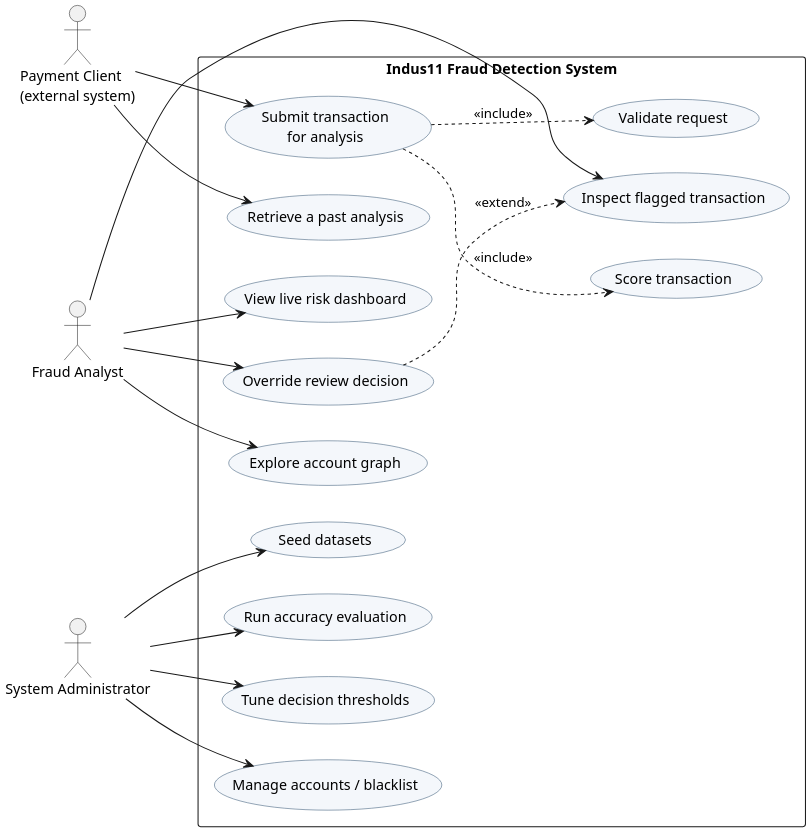
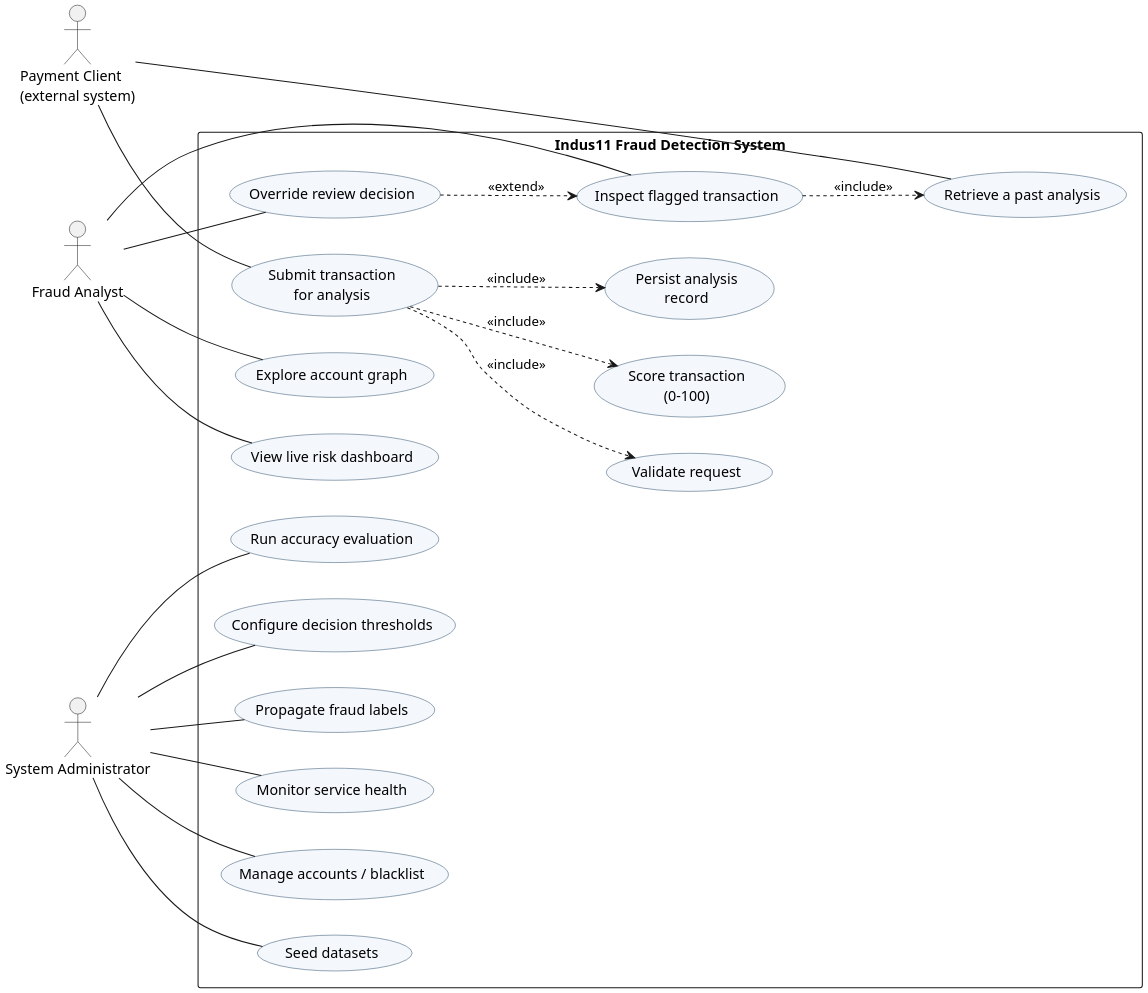
Before and after one commit to OMJOSHI15/indus11: the diagram in docs/diagrams/02-usecase.puml, drawn with PlantUML. The commit also changed 7 other files, not shown here.

```diff
--- a/docs/diagrams/02-usecase.puml
+++ b/docs/diagrams/02-usecase.puml
@@ -1,41 +1,48 @@
 @startuml
 skinparam dpi 200
 skinparam backgroundColor white
 skinparam shadowing false
 skinparam defaultFontName Times New Roman
 skinparam usecase {
   BorderColor #2F4F6F
   BackgroundColor #F4F7FB
 }
 left to right direction
 actor "Payment Client\n(external system)" as PC
 actor "Fraud Analyst" as FA
 actor "System Administrator" as SA
 rectangle "Indus11 Fraud Detection System" {
   usecase "Submit transaction\nfor analysis" as UC1
   usecase "Validate request" as UC1a
-  usecase "Score transaction" as UC1b
+  usecase "Score transaction\n(0-100)" as UC1b
+  usecase "Persist analysis\nrecord" as UC1c
   usecase "Retrieve a past analysis" as UC2
   usecase "View live risk dashboard" as UC3
   usecase "Inspect flagged transaction" as UC4
   usecase "Override review decision" as UC5
   usecase "Explore account graph" as UC6
-  usecase "Seed datasets" as UC7
-  usecase "Run accuracy evaluation" as UC8
-  usecase "Tune decision thresholds" as UC9
-  usecase "Manage accounts / blacklist" as UC10
+  usecase "Manage accounts / blacklist" as UC7
+  usecase "Seed datasets" as UC8
+  usecase "Run accuracy evaluation" as UC9
+  usecase "Configure decision thresholds" as UC10
+  usecase "Propagate fraud labels" as UC11
+  usecase "Monitor service health" as UC12
 }
-PC --> UC1
-PC --> UC2
-FA --> UC3
-FA --> UC4
-FA --> UC5
-FA --> UC6
-SA --> UC7
-SA --> UC8
-SA --> UC9
-SA --> UC10
+PC -- UC1
+PC -- UC2
+FA -- UC3
+FA -- UC4
+FA -- UC5
+FA -- UC6
+SA -- UC7
+SA -- UC8
+SA -- UC9
+SA -- UC10
+SA -- UC11
+SA -- UC12
 UC1 ..> UC1a : <<include>>
 UC1 ..> UC1b : <<include>>
+UC1 ..> UC1c : <<include>>
+UC4 ..> UC2 : <<include>>
 UC5 ..> UC4 : <<extend>>
 @enduml
```
